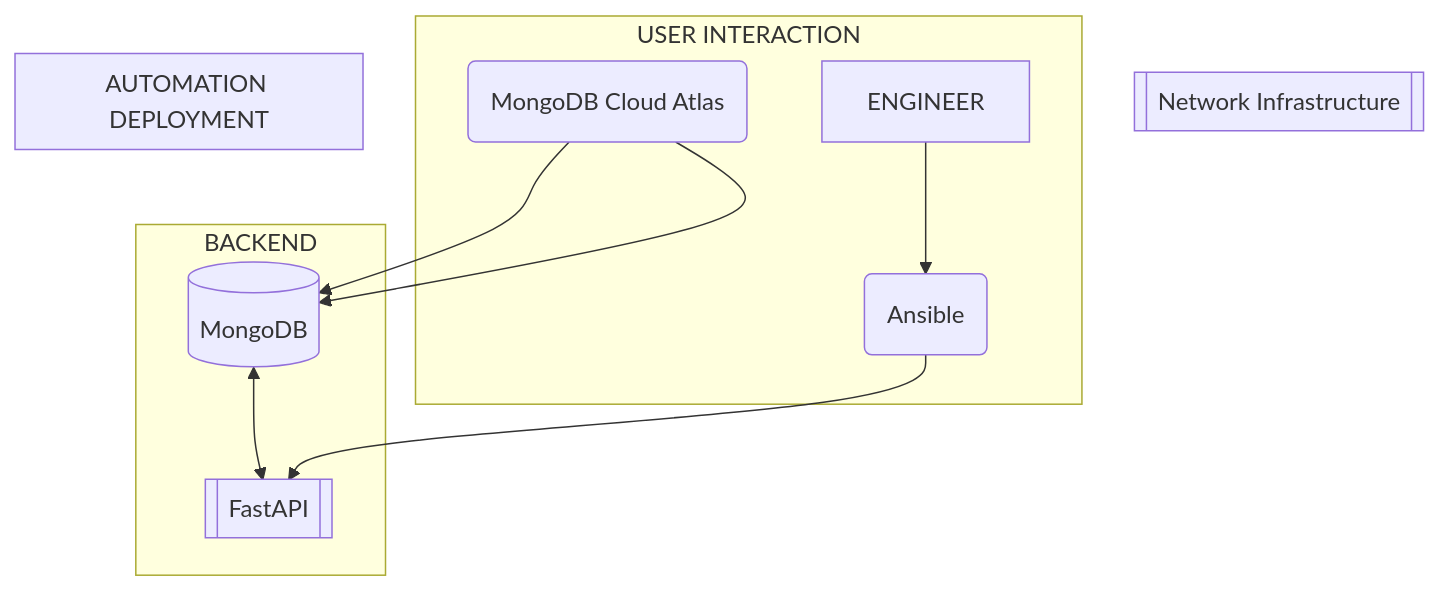
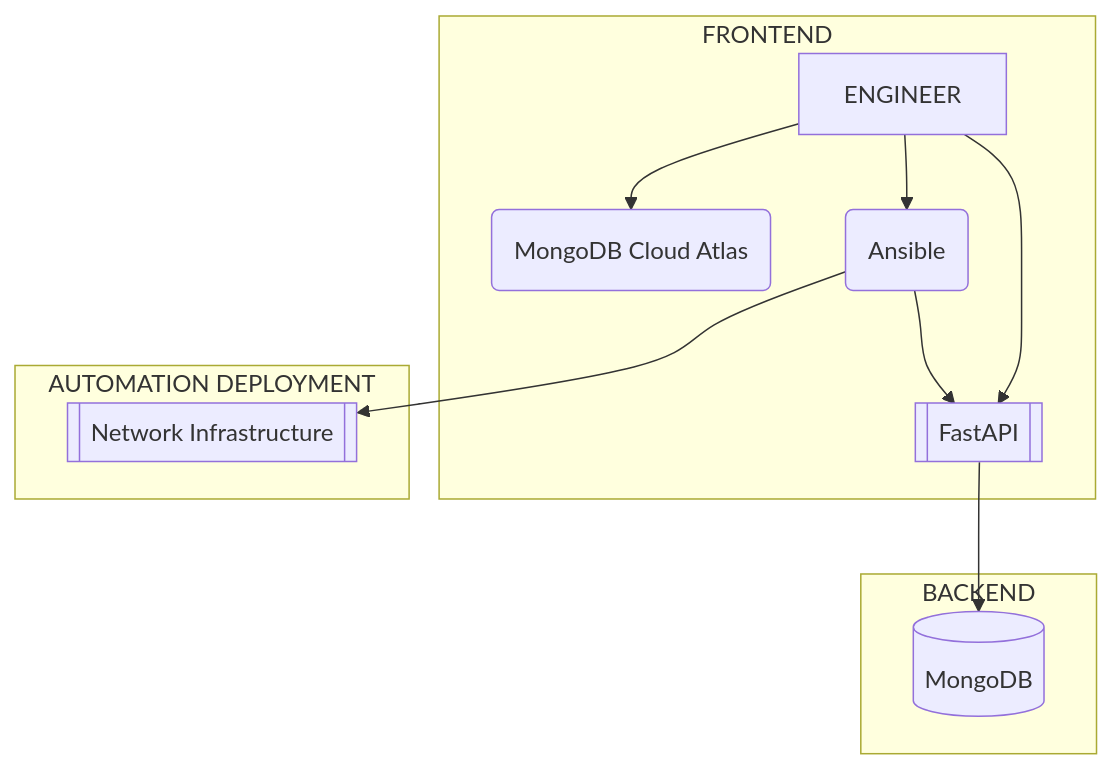
One commit to jnaranjom/iac_network_deployment changed the diagram in diagrams/automation_framework.md. Above: the diagram before and after it, drawn with Mermaid.

````diff
--- a/diagrams/automation_framework.md
+++ b/diagrams/automation_framework.md
@@ -1,20 +1,21 @@
 ```mermaid
 flowchart TB
     A[(MongoDB)]
     B[[FastAPI]]
     C(MongoDB Cloud Atlas)
     D(Ansible)
     E[[Network Infrastructure]]
     F[ENGINEER]
+    subgraph FRONTEND
+        F --> B
+        F --> D
+        F --> C
+    end
     subgraph BACKEND
-        A <--> B
-    end
-    subgraph USER INTERACTION
-        C --> A
-        F --> D
+        B --> A
     end
     subgraph AUTOMATION DEPLOYMENT
-        C --> A
         D --> B
+        D --> E
     end
 ```
````
